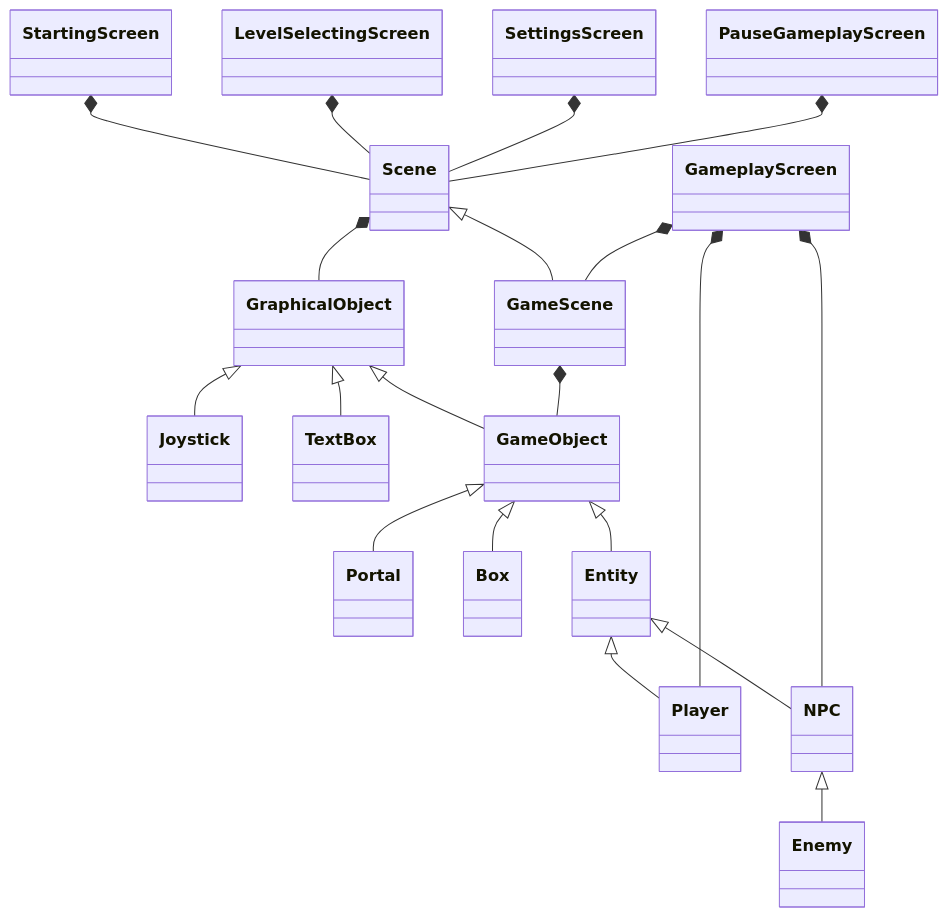
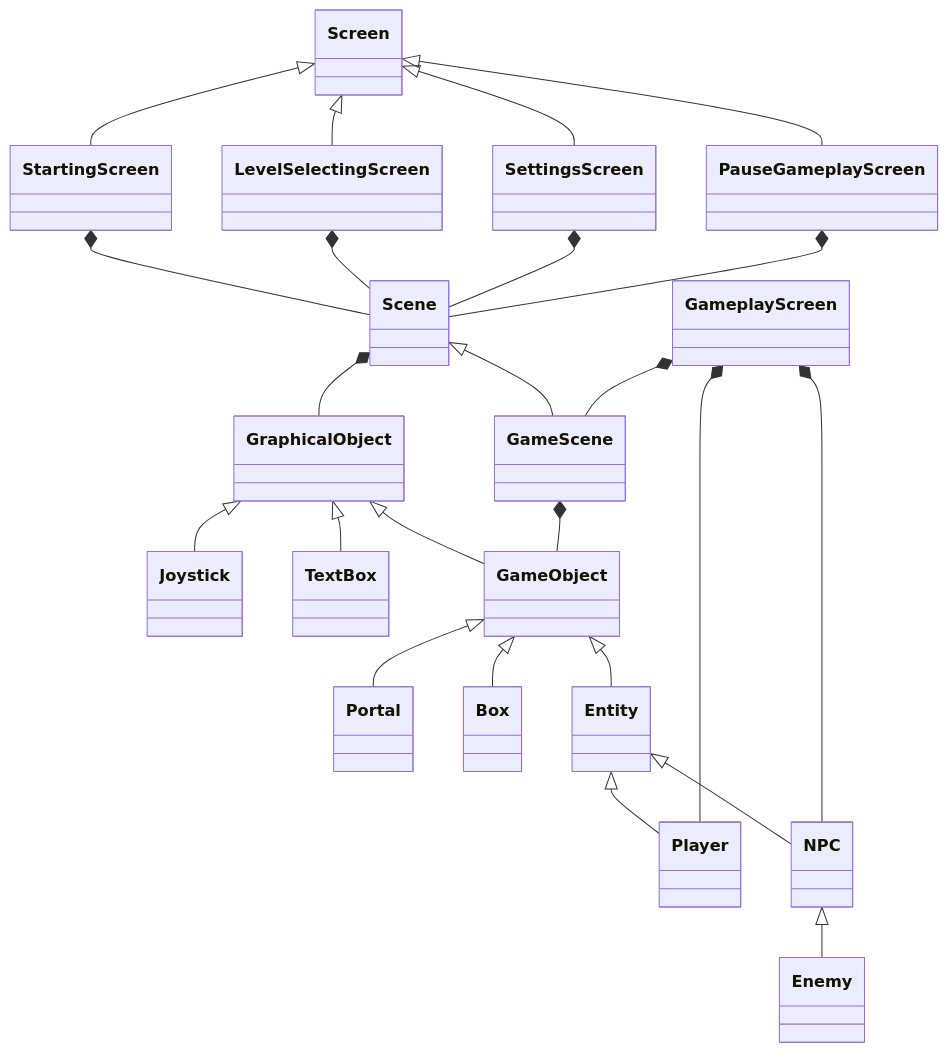
The diagram in planning_class_structure/README.md (dRoycon/HS_SoftwareEngineeringProject), drawn with Mermaid before and after one commit.

Commit message:
modified:   planning_class_structure/README.md

````diff
--- a/planning_class_structure/README.md
+++ b/planning_class_structure/README.md
@@ -3,30 +3,34 @@
 ``` mermaid
 classDiagram
+    Screen <|-- StartingScreen
+    Screen <|-- LevelSelectingScreen
+    Screen <|-- SettingsScreen
+    Screen <|-- PauseGameplayScreen
 
     StartingScreen *-- Scene
     LevelSelectingScreen *-- Scene
     SettingsScreen *-- Scene
     PauseGameplayScreen *-- Scene
 
     Scene *-- GraphicalObject
     Scene <|-- GameScene 
 
     GraphicalObject <|-- Joystick
     GraphicalObject <|-- TextBox
     GraphicalObject <|-- GameObject
 
     GameObject <|-- Portal
     GameObject <|-- Box
     GameObject <|-- Entity
     GameScene *-- GameObject 
 
 
     Entity <|-- Player
     Entity <|-- NPC
 
     NPC <|-- Enemy
 
     GameplayScreen *-- GameScene
     GameplayScreen *-- NPC
     GameplayScreen *-- Player
 ```
````
